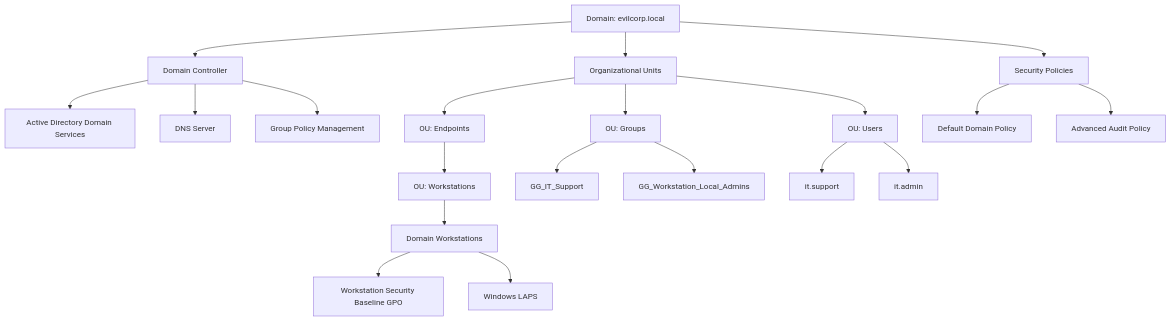
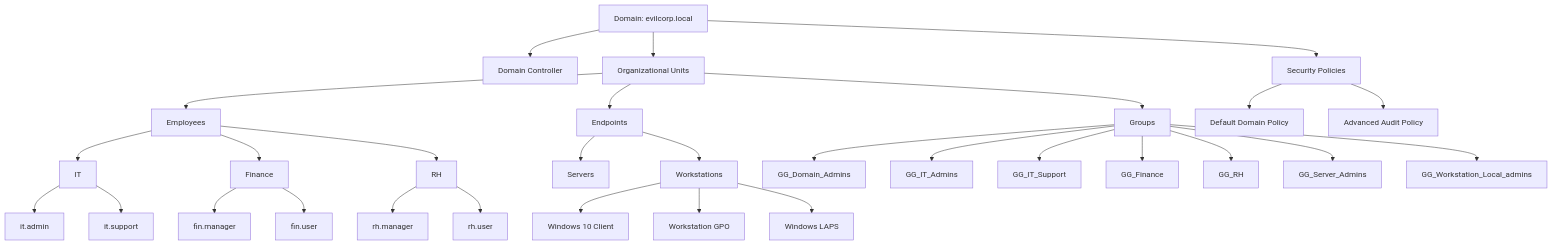
One commit to Ghost-mind3/active-directory-infrastructure-lab changed the diagram in README.md. Above: the diagram before and after it, drawn with Mermaid. The commit also changed other lines of this file, not shown here.

````diff
--- a/README.md
+++ b/README.md
@@ -52,34 +51,46 @@
 ```mermaid
 flowchart TD
 
 A[Domain: evilcorp.local]
 
 A --> B[Domain Controller]
-B --> C[Active Directory Domain Services]
-B --> D[DNS Server]
-B --> E[Group Policy Management]
 
-A --> F[Organizational Units]
+A --> C[Organizational Units]
 
-F --> G[OU: Endpoints]
-G --> H[OU: Workstations]
+C --> D[Employees]
+D --> E[IT]
+D --> F[Finance]
+D --> G[RH]
 
-F --> I[OU: Users]
-F --> J[OU: Groups]
+E --> H[it.admin]
+E --> I[it.support]
 
-J --> K[GG_IT_Support]
-J --> L[GG_Workstation_Local_Admins]
+F --> J[fin.manager]
+F --> K[fin.user]
 
-I --> M[it.support]
-I --> N[it.admin]
+G --> L[rh.manager]
+G --> M[rh.user]
 
-H --> O[Domain Workstations]
+C --> N[Endpoints]
+N --> O[Servers]
+N --> P[Workstations]
 
-O --> P[Workstation Security Baseline GPO]
-O --> Q[Windows LAPS]
+P --> Q[Windows 10 Client]
 
-A --> R[Security Policies]
+C --> R[Groups]
 
-R --> S[Default Domain Policy]
-R --> T[Advanced Audit Policy]
+R --> S[GG_Domain_Admins]
+R --> T[GG_IT_Admins]
+R --> U[GG_IT_Support]
+R --> V[GG_Finance]
+R --> W[GG_RH]
+R --> X[GG_Server_Admins]
+R --> Y[GG_Workstation_Local_admins]
+
+P --> Z[Workstation GPO]
+P --> AA[Windows LAPS]
+
+A --> AB[Security Policies]
+AB --> AC[Default Domain Policy]
+AB --> AD[Advanced Audit Policy]
 ```
````
